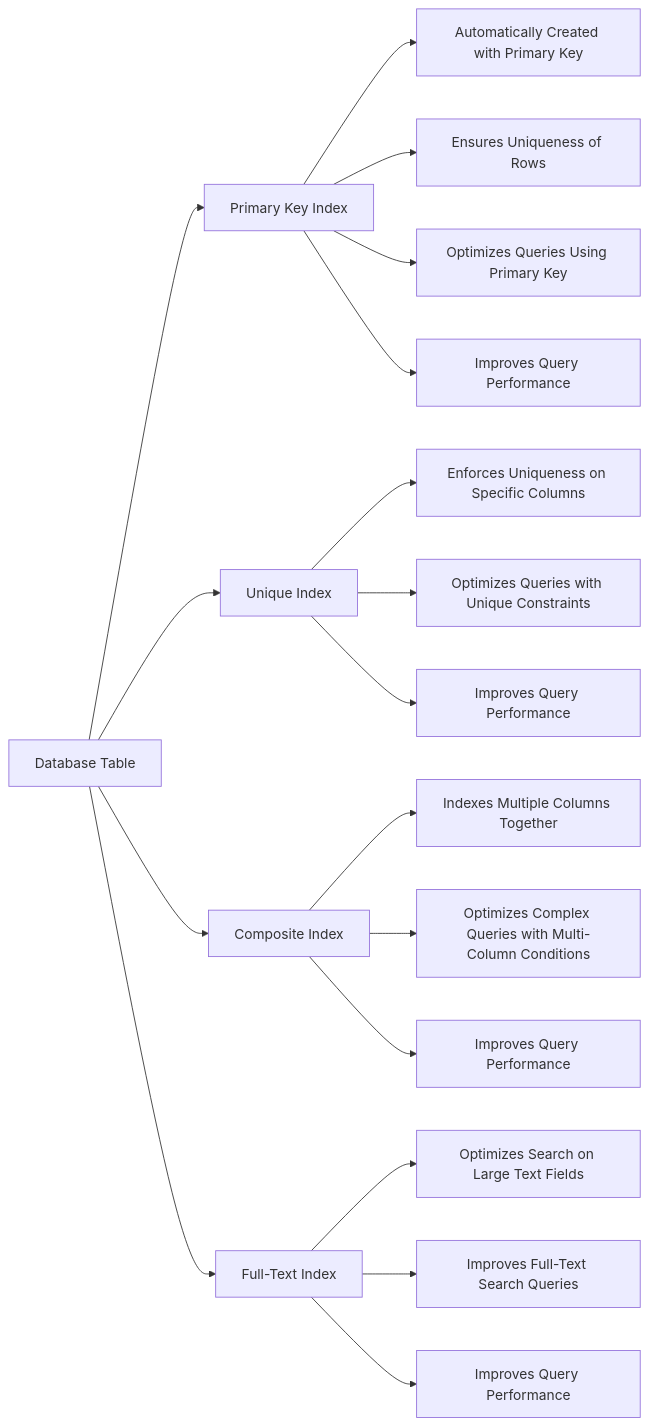
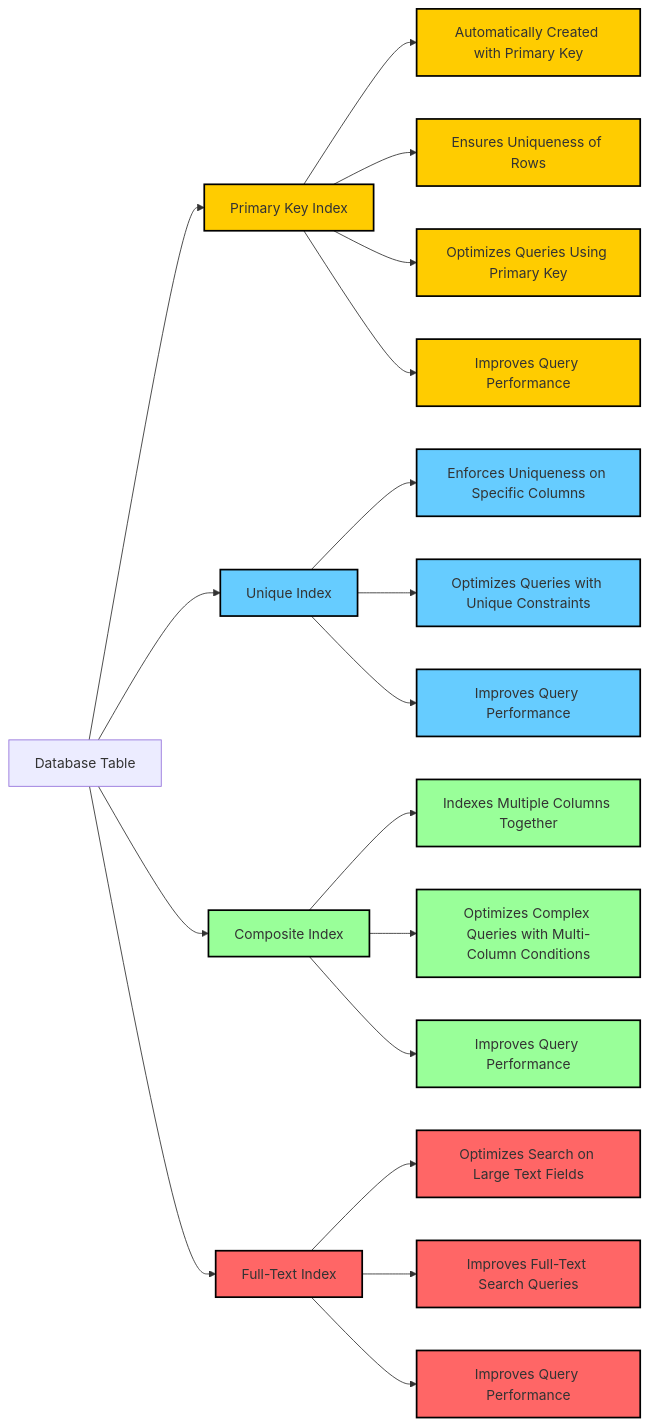
The diagram in Week 1/Lecture_1.md (ADirin/DataBase_Solution), drawn with Mermaid before and after one commit.

````diff
--- a/Week 1/Lecture_1.md
+++ b/Week 1/Lecture_1.md
@@ -369,26 +369,47 @@
 ```mermaid
 %%{init: {'themeVariables': {'nodeSpacing': '20', 'edgeSpacing': '20', 'fontSize': '12'}}}%%
 flowchart LR
     A[Database Table] --> B[Primary Key Index]
     A[Database Table] --> C[Unique Index]
     A[Database Table] --> D[Composite Index]
     A[Database Table] --> E[Full-Text Index]
     
     B --> B1[Automatically Created with Primary Key]
     B --> B2[Ensures Uniqueness of Rows]
     B --> B3[Optimizes Queries Using Primary Key]
     B --> B4[Improves Query Performance]
     
     C --> C1[Enforces Uniqueness on Specific Columns]
     C --> C2[Optimizes Queries with Unique Constraints]
     C --> C3[Improves Query Performance]
     
     D --> D1[Indexes Multiple Columns Together]
     D --> D2[Optimizes Complex Queries with Multi-Column Conditions]
     D --> D3[Improves Query Performance]
     
     E --> E1[Optimizes Search on Large Text Fields]
     E --> E2[Improves Full-Text Search Queries]
     E --> E3[Improves Query Performance]
 
+    style B fill:#ffcc00,stroke:#000000,stroke-width:2px
+    style B1 fill:#ffcc00,stroke:#000000,stroke-width:2px
+    style B2 fill:#ffcc00,stroke:#000000,stroke-width:2px
+    style B3 fill:#ffcc00,stroke:#000000,stroke-width:2px
+    style B4 fill:#ffcc00,stroke:#000000,stroke-width:2px
+
+    style C fill:#66ccff,stroke:#000000,stroke-width:2px
+    style C1 fill:#66ccff,stroke:#000000,stroke-width:2px
+    style C2 fill:#66ccff,stroke:#000000,stroke-width:2px
+    style C3 fill:#66ccff,stroke:#000000,stroke-width:2px
+
+    style D fill:#99ff99,stroke:#000000,stroke-width:2px
+    style D1 fill:#99ff99,stroke:#000000,stroke-width:2px
+    style D2 fill:#99ff99,stroke:#000000,stroke-width:2px
+    style D3 fill:#99ff99,stroke:#000000,stroke-width:2px
+
+    style E fill:#ff6666,stroke:#000000,stroke-width:2px
+    style E1 fill:#ff6666,stroke:#000000,stroke-width:2px
+    style E2 fill:#ff6666,stroke:#000000,stroke-width:2px
+    style E3 fill:#ff6666,stroke:#000000,stroke-width:2px
+
 ```
````
